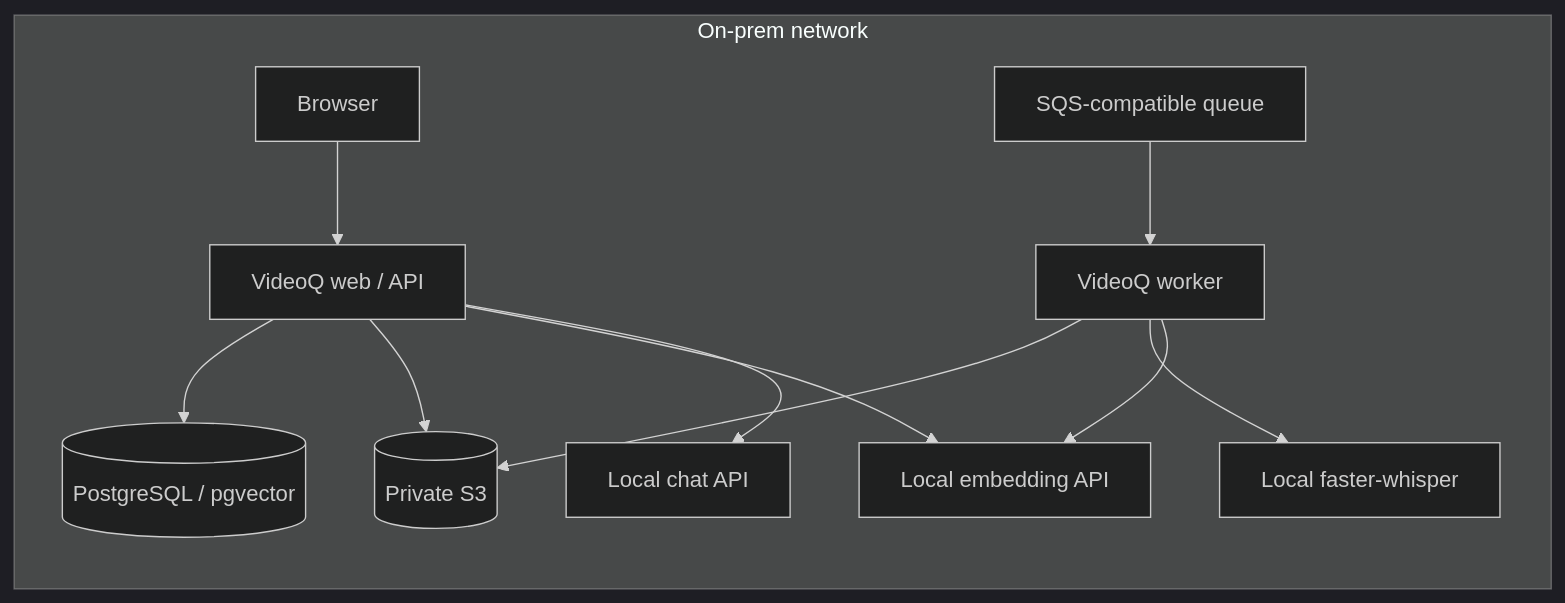
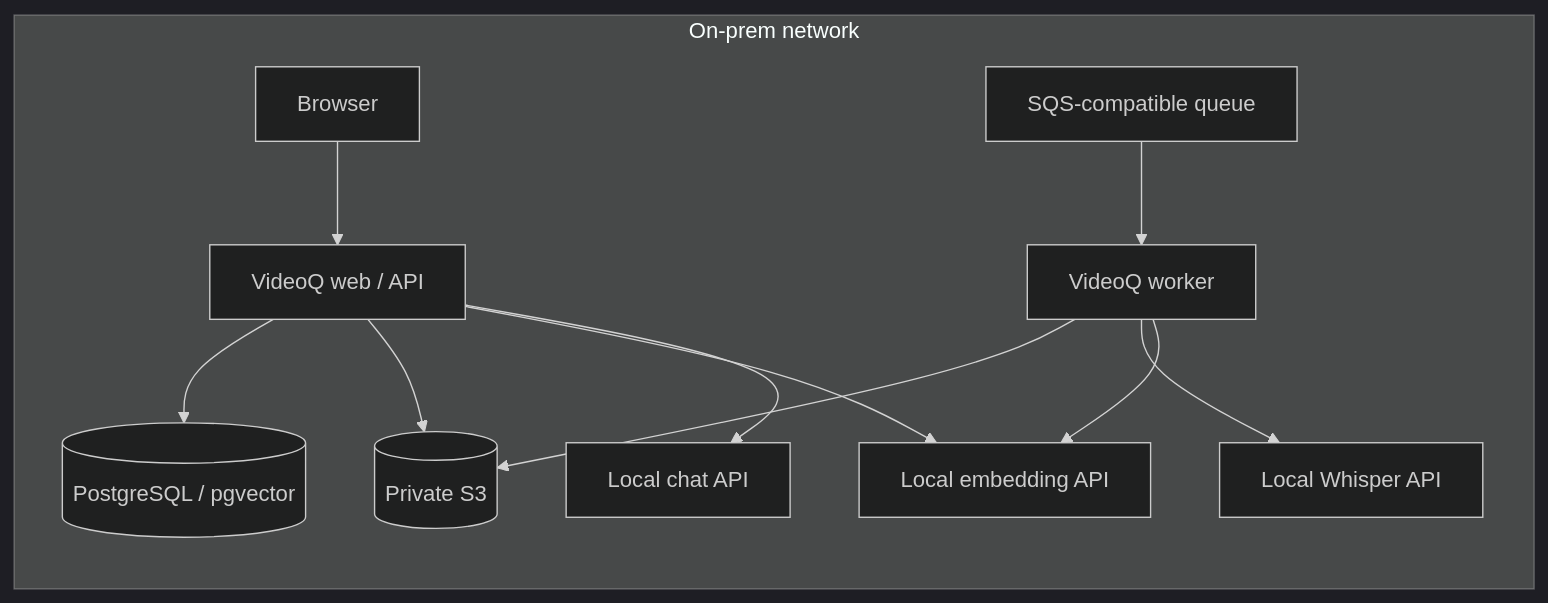
Before and after one commit to yukiharada1228/videoq: the diagram in charts/videoq-inference/README.md, drawn with Mermaid (dark theme). The commit also changed other lines of this file and 41 other files, not shown here.

````diff
--- a/charts/videoq-inference/README.md
+++ b/charts/videoq-inference/README.md
@@ -16,14 +16,14 @@
 ```mermaid
 flowchart LR
     subgraph Site[On-prem network]
       Browser --> Web[VideoQ web / API]
       Web --> DB[(PostgreSQL / pgvector)]
       Web --> Store[(Private S3)]
       Queue[SQS-compatible queue] --> Worker[VideoQ worker]
       Worker --> Store
-      Worker --> Whisper[Local faster-whisper]
+      Worker --> Whisper[Local Whisper API]
       Worker --> Embedding[Local embedding API]
       Web --> Embedding
       Web --> LLM[Local chat API]
     end
 ```
````
